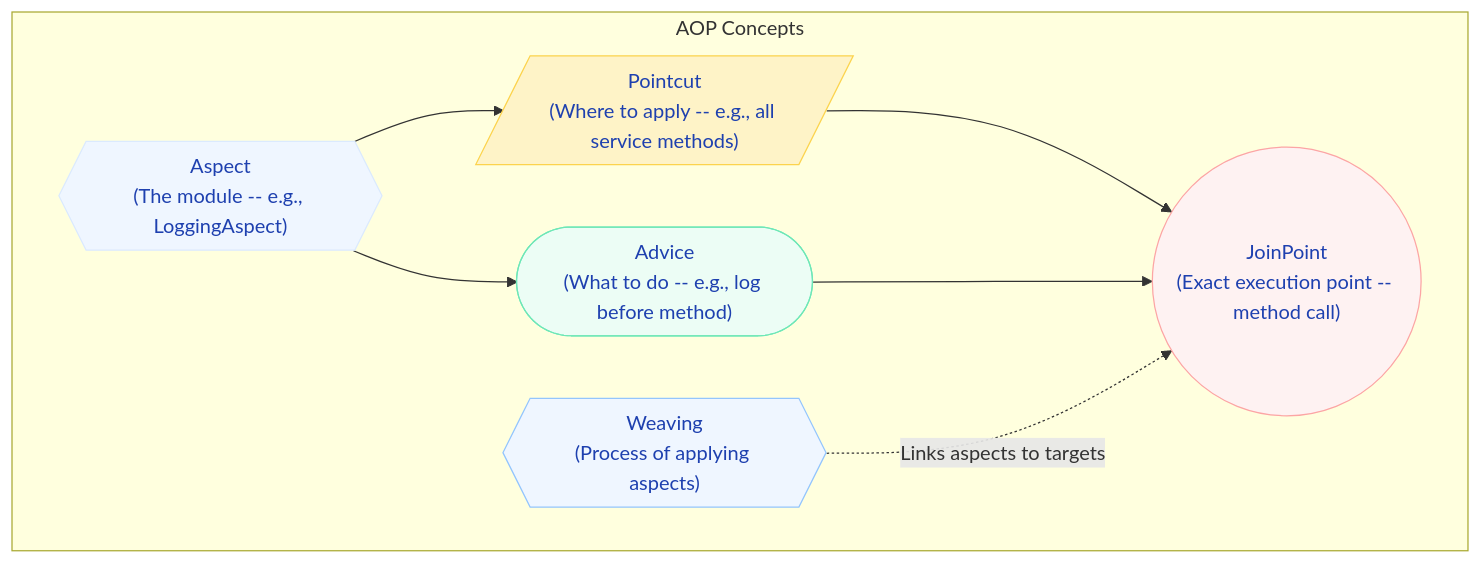
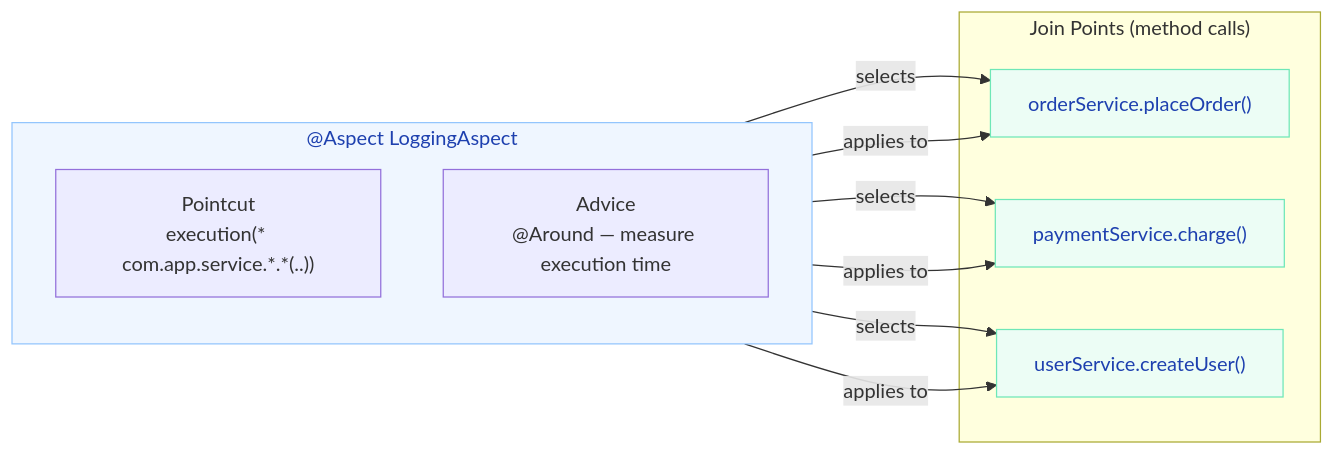
One commit to saivamsikaruturi/vamsilabs-dev-notes-main changed the first of 4 diagrams in docs/springboot/aop.md. Above: the diagram before and after it, drawn with Mermaid. The commit also changed other lines of this file and 21 other files, not shown here.

````diff
--- a/docs/springboot/aop.md
+++ b/docs/springboot/aop.md
@@ -74,23 +98,26 @@
 ```mermaid
 flowchart LR
-    subgraph AOP["AOP Concepts"]
-        direction LR
-        Aspect{{"Aspect<br/>(The module -- e.g., LoggingAspect)"}}
-        Advice(["Advice<br/>(What to do -- e.g., log before method)"])
-        Pointcut[/"Pointcut<br/>(Where to apply -- e.g., all service methods)"/]
-        JoinPoint(("JoinPoint<br/>(Exact execution point -- method call)"))
-        Weaving{{"Weaving<br/>(Process of applying aspects)"}}
+    subgraph Aspect["@Aspect LoggingAspect"]
+        direction TB
+        PC["Pointcut<br/>execution(* com.app.service.*.*(..))"]
+        AD["Advice<br/>@Around — measure execution time"]
     end
 
-    Aspect --> Advice
-    Aspect --> Pointcut
-    Pointcut --> JoinPoint
-    Advice --> JoinPoint
-    Weaving -.->|"Links aspects to targets"| JoinPoint
+    subgraph Targets["Join Points (method calls)"]
+        JP1["orderService.placeOrder()"]
+        JP2["paymentService.charge()"]
+        JP3["userService.createUser()"]
+    end
 
-    style Aspect fill:#EFF6FF,stroke:#DBEAFE,color:#1E40AF
-    style Advice fill:#ECFDF5,stroke:#6EE7B7,color:#1E40AF
-    style Pointcut fill:#FEF3C7,stroke:#FCD34D,color:#1E40AF
-    style JoinPoint fill:#FEF2F2,stroke:#FCA5A5,color:#1E40AF
-    style Weaving fill:#EFF6FF,stroke:#93C5FD,color:#1E40AF
+    PC -->|"selects"| JP1
+    PC -->|"selects"| JP2
+    PC -->|"selects"| JP3
+    AD -->|"applies to"| JP1
+    AD -->|"applies to"| JP2
+    AD -->|"applies to"| JP3
+
+    style Aspect fill:#EFF6FF,stroke:#93C5FD,color:#1E40AF
+    style JP1 fill:#ECFDF5,stroke:#6EE7B7,color:#1E40AF
+    style JP2 fill:#ECFDF5,stroke:#6EE7B7,color:#1E40AF
+    style JP3 fill:#ECFDF5,stroke:#6EE7B7,color:#1E40AF
 ```
````
